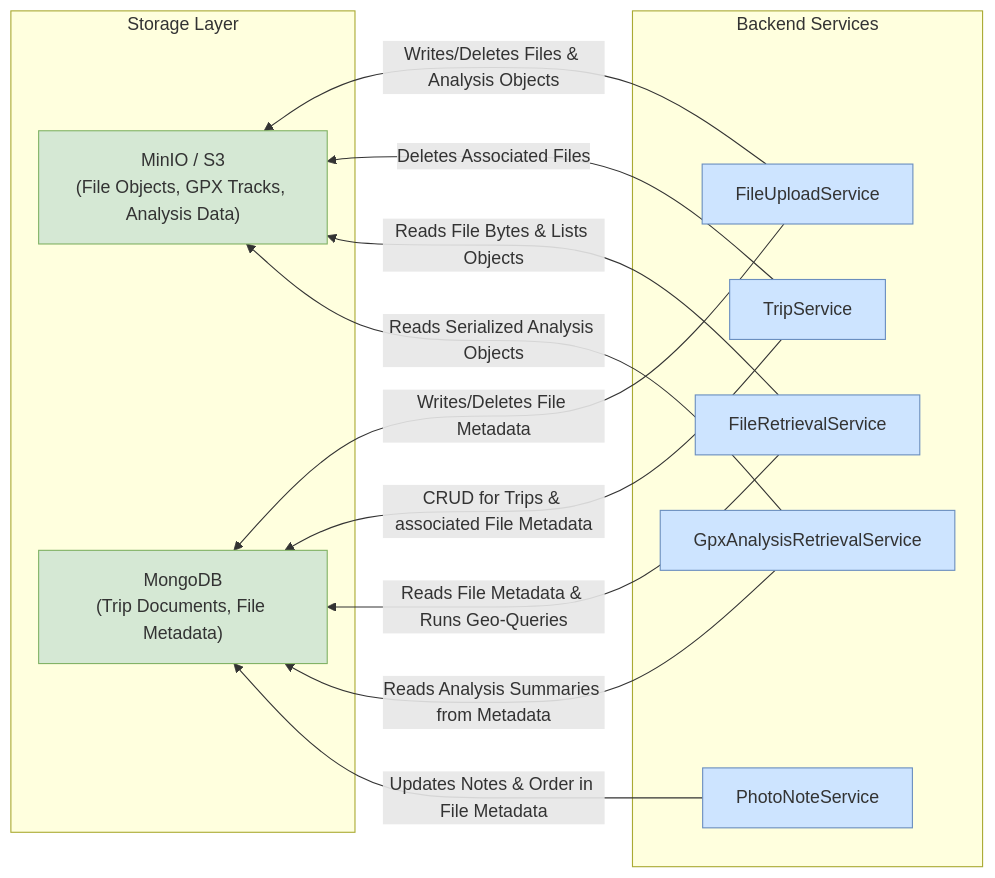
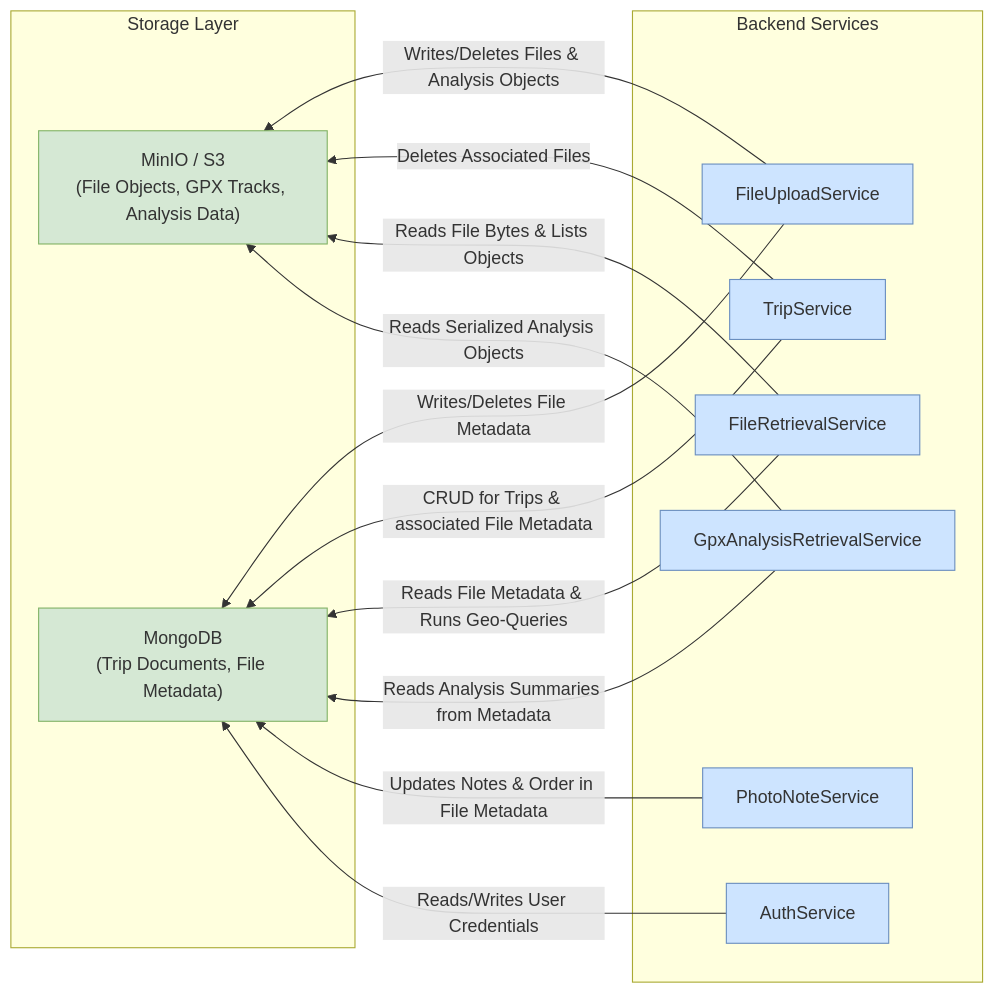
Before and after one commit to PenHsuanWang/travel-tracker: the diagram in README_BACKEND_DB.md, drawn with Mermaid. The commit also changed other lines of this file and 3 other files, not shown here.

````diff
--- a/README_BACKEND_DB.md
+++ b/README_BACKEND_DB.md
@@ -128,38 +128,42 @@
 ```mermaid
 graph RL
     subgraph "Backend Services"
         FUS["FileUploadService"]
         TS["TripService"]
         FRS["FileRetrievalService"]
         GARS["GpxAnalysisRetrievalService"]
         PNS["PhotoNoteService"]
+        AUTH["AuthService"]
     end
 
     subgraph "Storage Layer"
         MINIO["MinIO / S3<br>(File Objects, GPX Tracks, Analysis Data)"]
         MONGO["MongoDB<br>(Trip Documents, File Metadata)"]
     end
 
     FUS -- "Writes/Deletes Files & Analysis Objects" --> MINIO
     FUS -- "Writes/Deletes File Metadata" --> MONGO
     
     TS -- "Deletes Associated Files" --> MINIO
     TS -- "CRUD for Trips & associated File Metadata" --> MONGO
     
     FRS -- "Reads File Bytes & Lists Objects" --> MINIO
     FRS -- "Reads File Metadata & Runs Geo-Queries" --> MONGO
     
     GARS -- "Reads Serialized Analysis Objects" --> MINIO
     GARS -- "Reads Analysis Summaries from Metadata" --> MONGO
     
     PNS -- "Updates Notes & Order in File Metadata" --> MONGO
+    
+    AUTH -- "Reads/Writes User Credentials" --> MONGO
 
     style FUS fill:#cde4ff,stroke:#6a8ebf
     style TS fill:#cde4ff,stroke:#6a8ebf
     style FRS fill:#cde4ff,stroke:#6a8ebf
     style GARS fill:#cde4ff,stroke:#6a8ebf
     style PNS fill:#cde4ff,stroke:#6a8ebf
+    style AUTH fill:#cde4ff,stroke:#6a8ebf
 
     style MINIO fill:#d5e8d4,stroke:#82b366
     style MONGO fill:#d5e8d4,stroke:#82b366
 ```
````
